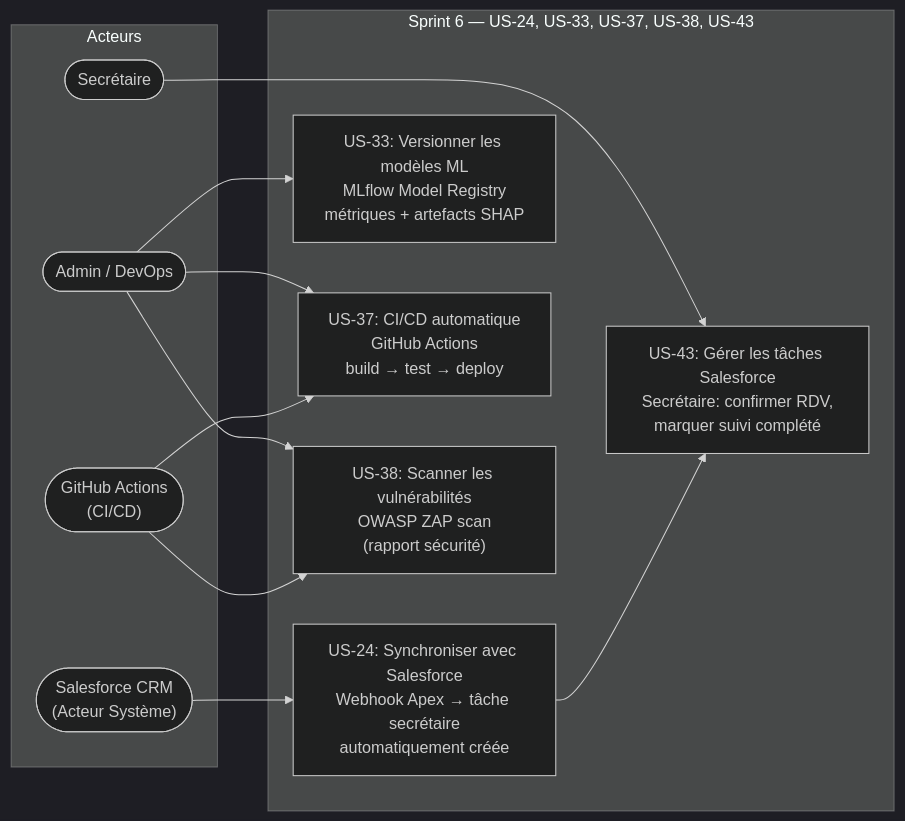
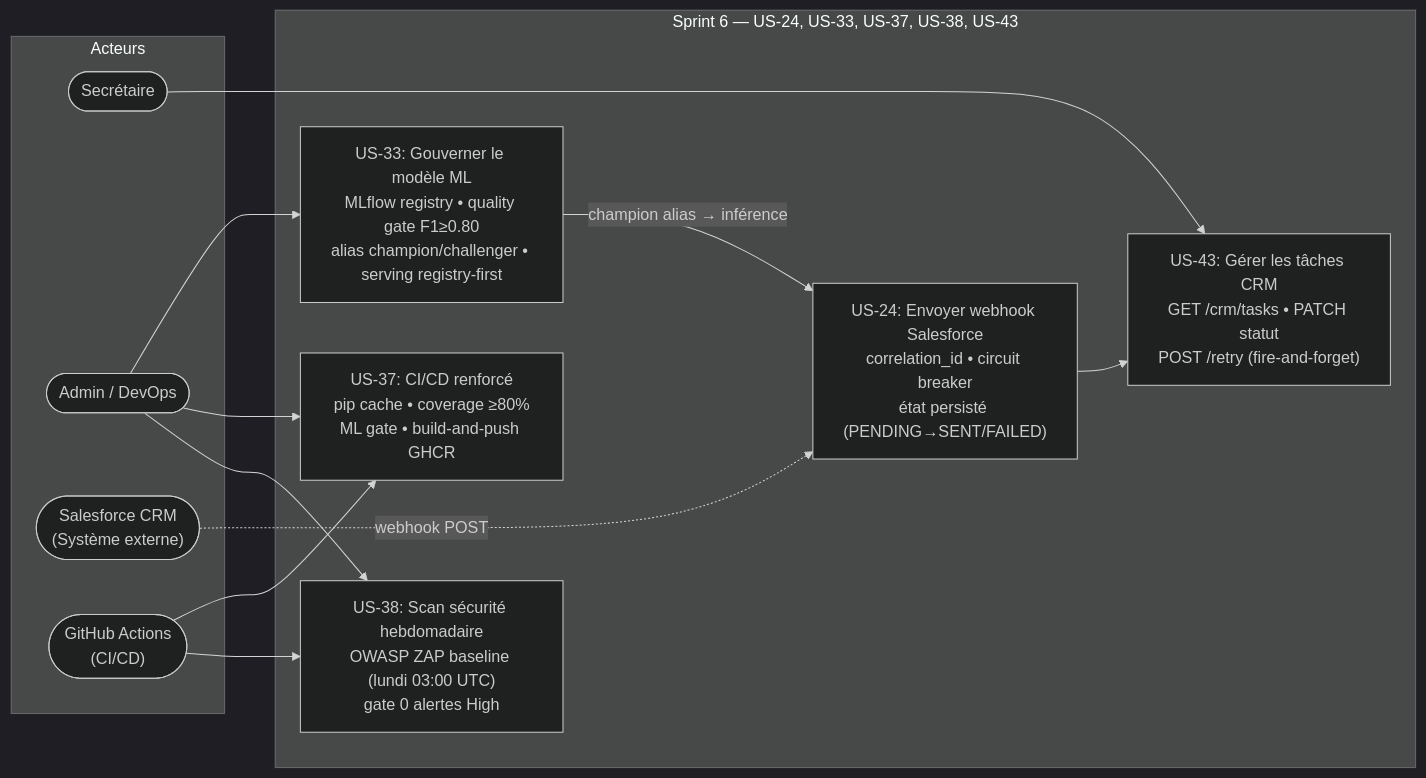
Before and after one commit to Boussyf0/MediSense-AI: the tenth of 32 diagrams in docs/DIAGRAMMES.md, drawn with Mermaid (dark theme). The commit also changed other lines of this file and 22 other files, not shown here.

````diff
--- a/docs/DIAGRAMMES.md
+++ b/docs/DIAGRAMMES.md
@@ -411,22 +411,24 @@
 ```mermaid
 flowchart LR
     subgraph A["Acteurs"]
         SECRETARY(["Secrétaire"])
         ADMIN(["Admin / DevOps"])
-        SF_ACT(["Salesforce CRM<br/>(Acteur Système)"])
+        SF_ACT(["Salesforce CRM<br/>(Système externe)"])
         GH(["GitHub Actions<br/>(CI/CD)"])
     end
 
     subgraph UC["Sprint 6 — US-24, US-33, US-37, US-38, US-43"]
-        UC24["US-24: Synchroniser avec Salesforce<br/>Webhook Apex → tâche secrétaire<br/>automatiquement créée"]
-        UC33["US-33: Versionner les modèles ML<br/>MLflow Model Registry<br/>métriques + artefacts SHAP"]
-        UC37["US-37: CI/CD automatique<br/>GitHub Actions<br/>build → test → deploy"]
-        UC38["US-38: Scanner les vulnérabilités<br/>OWASP ZAP scan<br/>(rapport sécurité)"]
-        UC43["US-43: Gérer les tâches Salesforce<br/>Secrétaire: confirmer RDV,<br/>marquer suivi complété"]
+        UC24["US-24: Envoyer webhook Salesforce<br/>correlation_id • circuit breaker<br/>état persisté (PENDING→SENT/FAILED)"]
+        UC43["US-43: Gérer les tâches CRM<br/>GET /crm/tasks • PATCH statut<br/>POST /retry (fire-and-forget)"]
+        UC33["US-33: Gouverner le modèle ML<br/>MLflow registry • quality gate F1≥0.80<br/>alias champion/challenger • serving registry-first"]
+        UC37["US-37: CI/CD renforcé<br/>pip cache • coverage ≥80%<br/>ML gate • build-and-push GHCR"]
+        UC38["US-38: Scan sécurité hebdomadaire<br/>OWASP ZAP baseline (lundi 03:00 UTC)<br/>gate 0 alertes High"]
     end
 
     SECRETARY --> UC43
     ADMIN --> UC33 & UC37 & UC38
-    SF_ACT --> UC24 --> UC43
+    UC24 --> UC43
+    SF_ACT -.->|"webhook POST"| UC24
     GH --> UC37 & UC38
+    UC33 -->|"champion alias → inférence"| UC24
 ```
````
